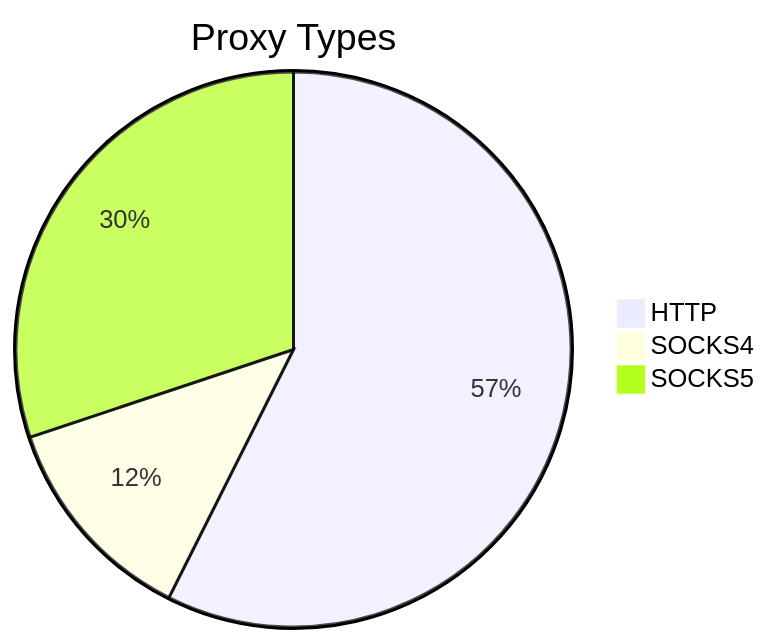
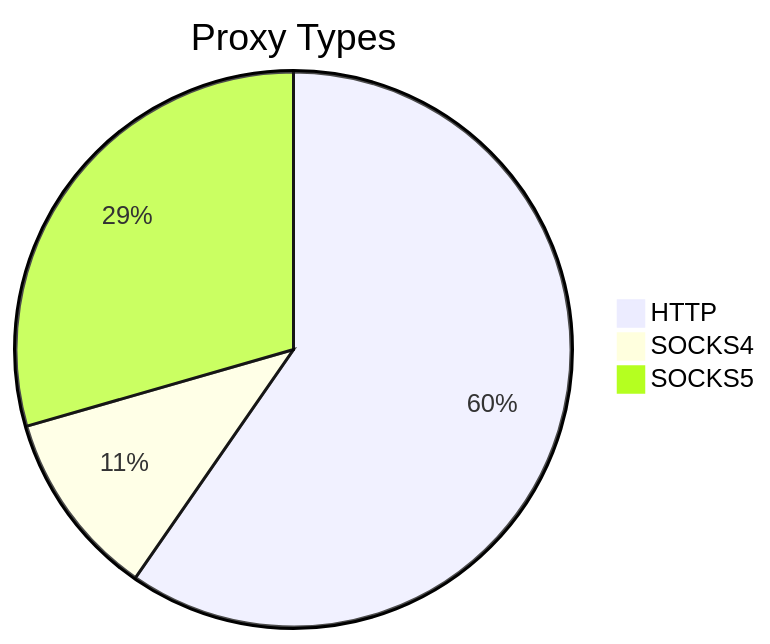
Before and after one commit to stormsia/proxy-list: the first of 2 diagrams in README.md, drawn with Mermaid. The commit also changed other lines of this file, not shown here.

````diff
--- a/README.md
+++ b/README.md
@@ -21,6 +21,6 @@
 ```mermaid
 pie title Proxy Types
-    "HTTP" : 345
-    "SOCKS4" : 75
-    "SOCKS5" : 181
+    "HTTP" : 164
+    "SOCKS4" : 30
+    "SOCKS5" : 81
 ```
````
